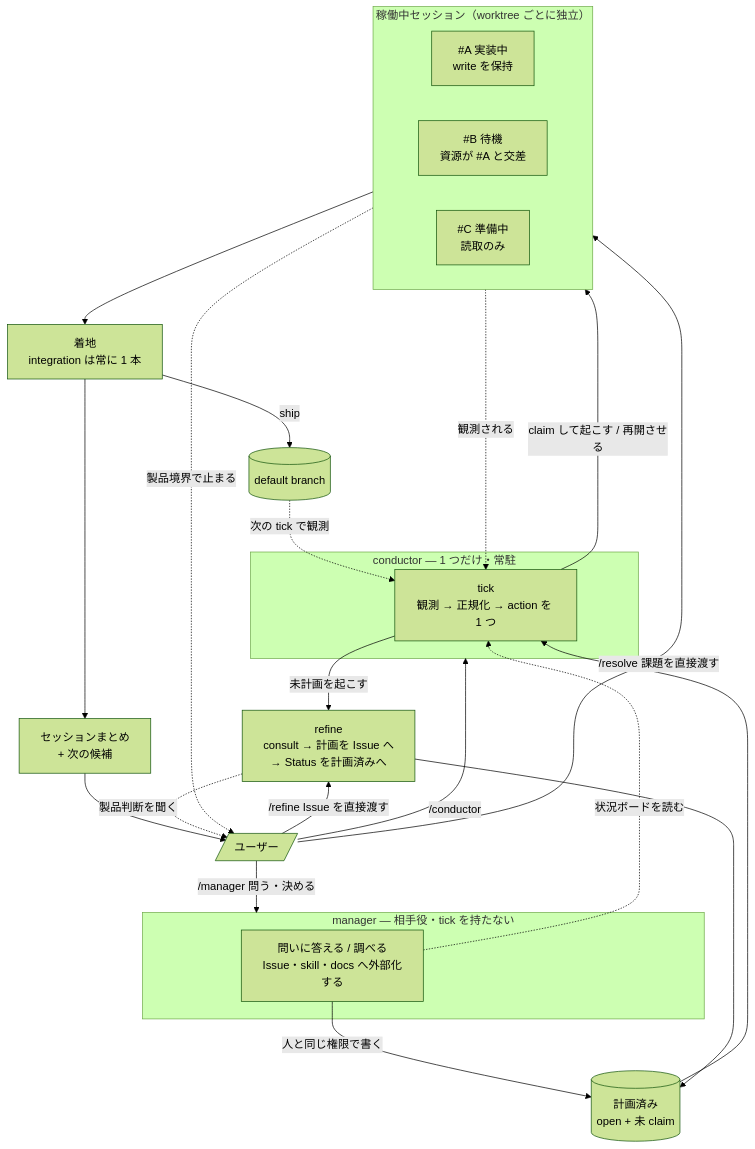
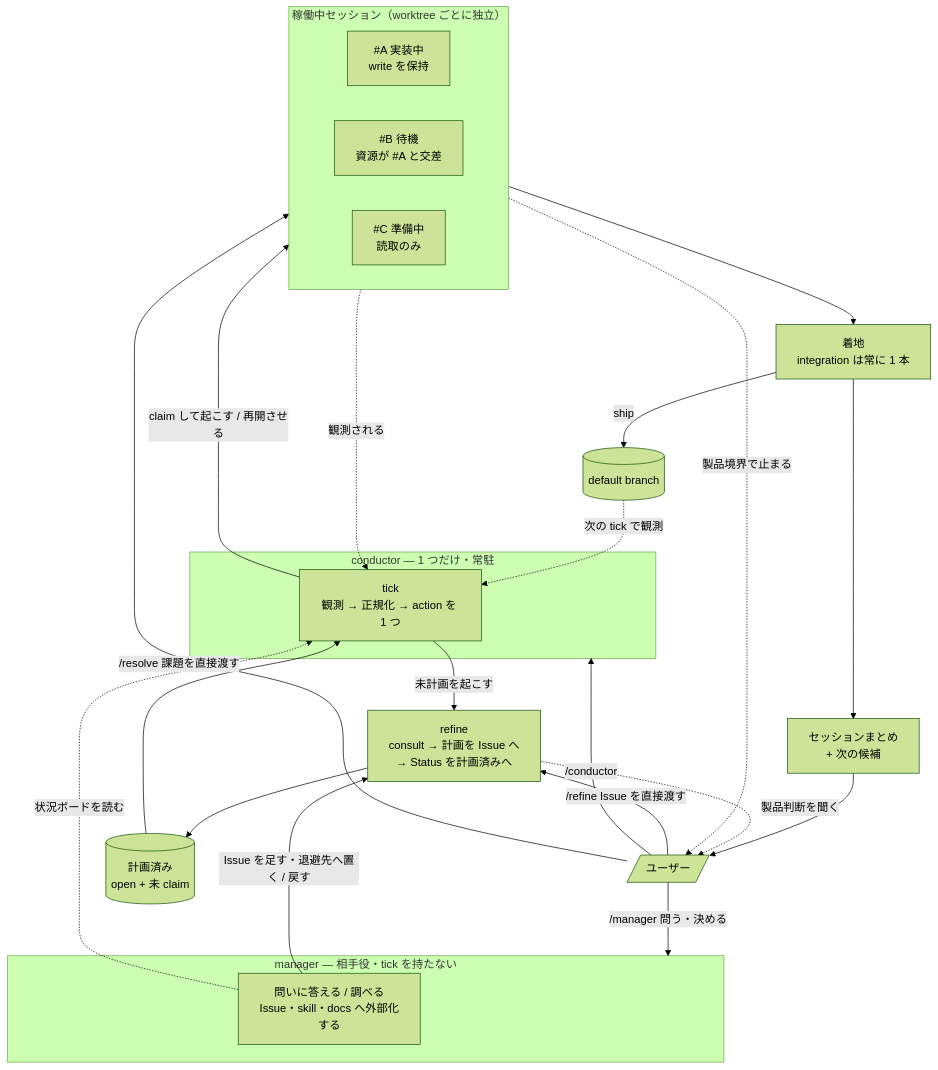
Before and after one commit to usagizmo/agentfiles: the diagram in agents/docs/README.md, drawn with Mermaid (forest theme). The commit also changed other lines of this file and 7 other files, not shown here.

````diff
--- a/agents/docs/README.md
+++ b/agents/docs/README.md
@@ -27,38 +27,38 @@
 ```mermaid
 flowchart TB
     U[/ユーザー/] -->|/manager 問う・決める| MG
     U -->|/conductor| AP
     U -->|/resolve 課題を直接渡す| RUN
     U -->|/refine Issue を直接渡す| G
 
     subgraph MG["manager — 相手役・tick を持たない"]
         ASK["問いに答える / 調べる<br/>Issue・skill・docs へ外部化する"]
     end
 
     subgraph AP["conductor — 1 つだけ・常駐"]
         TICK["tick<br/>観測 → 正規化 → action を 1 つ"]
     end
 
-    ASK -->|人と同じ権限で書く| Q
+    ASK -->|Issue を足す・退避先へ置く / 戻す| G
     ASK -.状況ボードを読む.-> TICK
 
     TICK -->|未計画を起こす| G["refine<br/>consult → 計画を Issue へ<br/>→ Status を計画済みへ"]
     G --> Q[("計画済み<br/>open + 未 claim")]
     Q --> TICK
 
     subgraph RUN["稼働中セッション（worktree ごとに独立）"]
         direction LR
         SA["#A 実装中<br/>write を保持"]
         SB["#B 待機<br/>資源が #A と交差"]
         SC["#C 準備中<br/>読取のみ"]
     end
 
     TICK -->|claim して起こす / 再開させる| RUN
     RUN -.観測される.-> TICK
     SA --> LAND["着地<br/>integration は常に 1 本"]
     LAND -->|ship| MAIN[(default branch)]
     MAIN -.次の tick で観測.-> TICK
     LAND --> RP[セッションまとめ<br/>+ 次の候補] --> U
     G -.製品判断を聞く.-> U
     RUN -.製品境界で止まる.-> U
 ```
````
